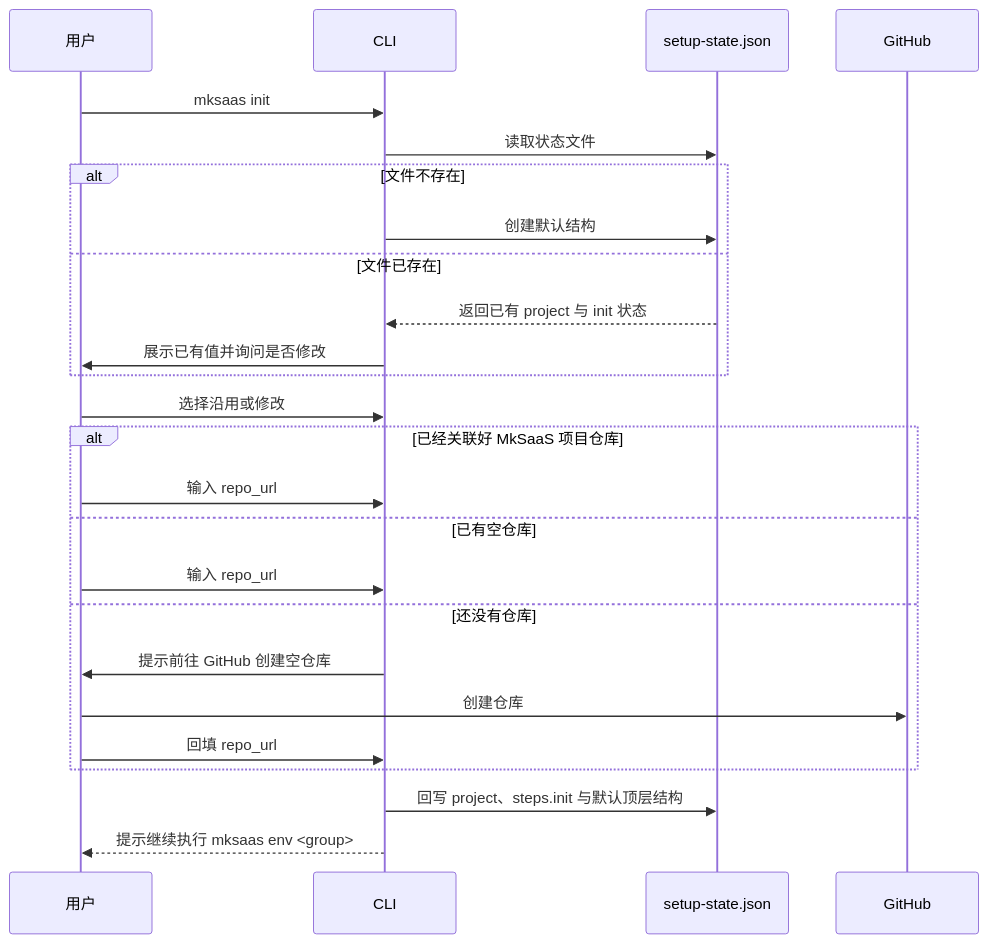
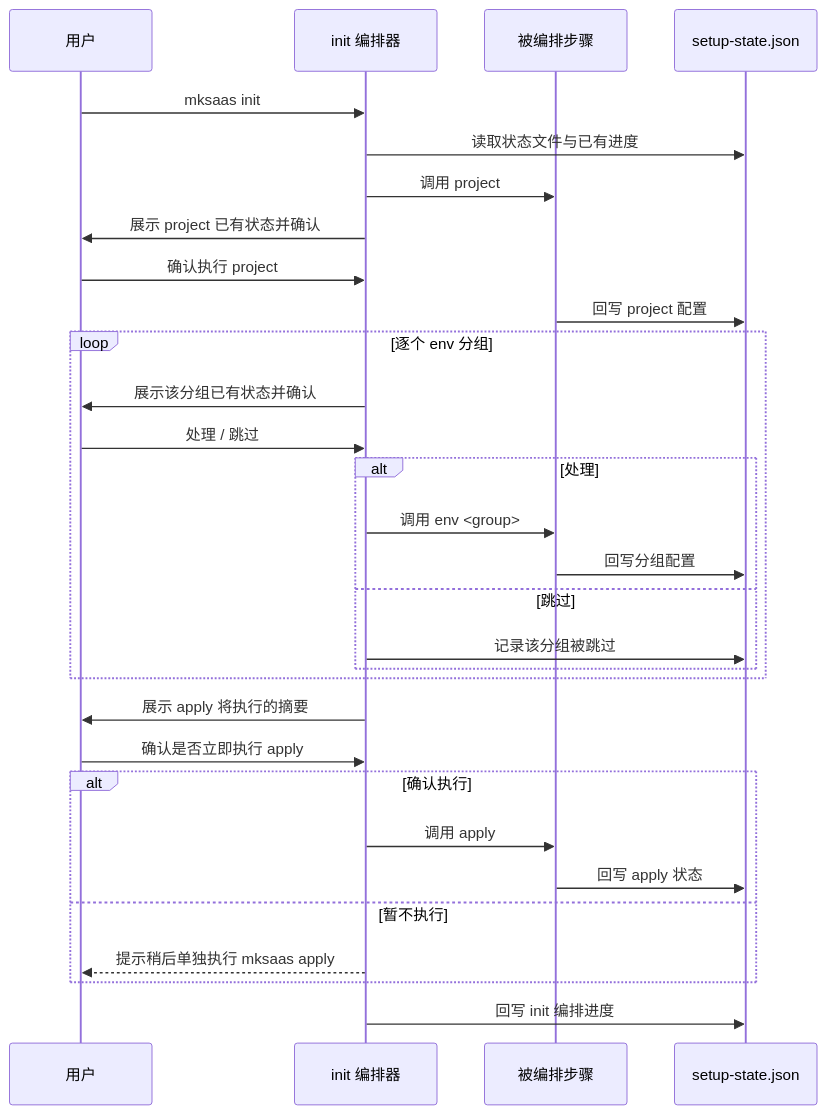
The second of 2 diagrams in docs/steps/01-init.md (CaffeineOddity/mksaas_command), drawn with Mermaid before and after one commit. The commit also changed other lines of this file and 4 other files, not shown here.

First line of the commit message:
docs: init 改为编排器 + 新增 project 命令 + 逐步可省 project

````diff
--- a/docs/steps/01-init.md
+++ b/docs/steps/01-init.md
@@ -78,28 +72,33 @@
 ```mermaid
 sequenceDiagram
     participant U as 用户
-    participant C as CLI
+    participant C as init 编排器
+    participant S as 被编排步骤
     participant J as setup-state.json
-    participant G as GitHub
 
     U->>C: mksaas init
-    C->>J: 读取状态文件
-    alt 文件不存在
-        C->>J: 创建默认结构
-    else 文件已存在
-        J-->>C: 返回已有 project 与 init 状态
-        C->>U: 展示已有值并询问是否修改
+    C->>J: 读取状态文件与已有进度
+    C->>S: 调用 project
+    C->>U: 展示 project 已有状态并确认
+    U->>C: 确认执行 project
+    S->>J: 回写 project 配置
+    loop 逐个 env 分组
+        C->>U: 展示该分组已有状态并确认
+        U->>C: 处理 / 跳过
+        alt 处理
+            C->>S: 调用 env <group>
+            S->>J: 回写分组配置
+        else 跳过
+            C->>J: 记录该分组被跳过
+        end
     end
-    U->>C: 选择沿用或修改
-    alt 已经关联好 MkSaaS 项目仓库
-        U->>C: 输入 repo_url
-    else 已有空仓库
-        U->>C: 输入 repo_url
-    else 还没有仓库
-        C->>U: 提示前往 GitHub 创建空仓库
-        U->>G: 创建仓库
-        U->>C: 回填 repo_url
+    C->>U: 展示 apply 将执行的摘要
+    U->>C: 确认是否立即执行 apply
+    alt 确认执行
+        C->>S: 调用 apply
+        S->>J: 回写 apply 状态
+    else 暂不执行
+        C-->>U: 提示稍后单独执行 mksaas apply
     end
-    C->>J: 回写 project、steps.init 与默认顶层结构
-    C-->>U: 提示继续执行 mksaas env <group>
+    C->>J: 回写 init 编排进度
 ```
````
